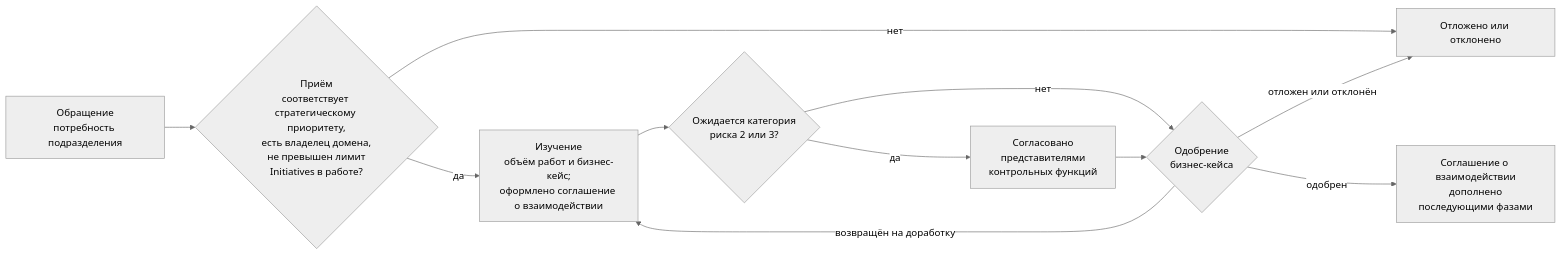
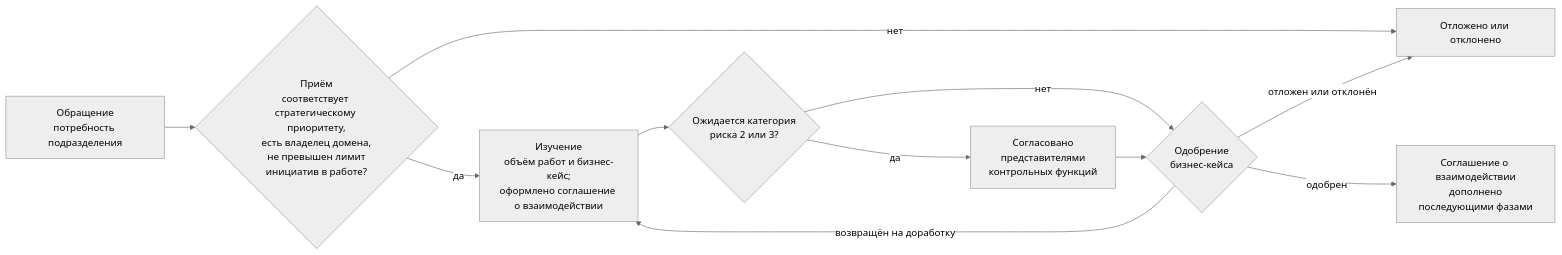
The first of 4 diagrams in charter/ru/guides/engagement-guide.md (devhogu/ob-aicc), drawn with Mermaid (neutral theme) before and after one commit. The commit also changed other lines of this file and 150 other files, not shown here.

````diff
--- a/charter/ru/guides/engagement-guide.md
+++ b/charter/ru/guides/engagement-guide.md
@@ -35,13 +35,13 @@
 ```mermaid
 flowchart LR
-  C["Обращение<br/>потребность подразделения"] --> IN{"Приём<br/>соответствует стратегическому приоритету,<br/>есть владелец домена,<br/>не превышен лимит<br/>Initiatives в работе?"}
+  C["Обращение<br/>потребность подразделения"] --> IN{"Приём<br/>соответствует стратегическому приоритету,<br/>есть владелец домена,<br/>не превышен лимит<br/>инициатив в работе?"}
   IN -->|"нет"| DR["Отложено или отклонено"]
   IN -->|"да"| ST["Изучение<br/>объём работ и бизнес-кейс;<br/>оформлено соглашение о взаимодействии"]
   ST --> CL{"Ожидается категория<br/>риска 2 или 3?"}
   CL -->|"да"| CF["Согласовано<br/>представителями<br/>контрольных функций"]
   CL -->|"нет"| AP
   CF --> AP{"Одобрение<br/>бизнес-кейса"}
   AP -->|"возвращён на доработку"| ST
   AP -->|"отложен или отклонён"| DR
   AP -->|"одобрен"| SA["Соглашение о взаимодействии<br/>дополнено<br/>последующими фазами"]
 ```
````
